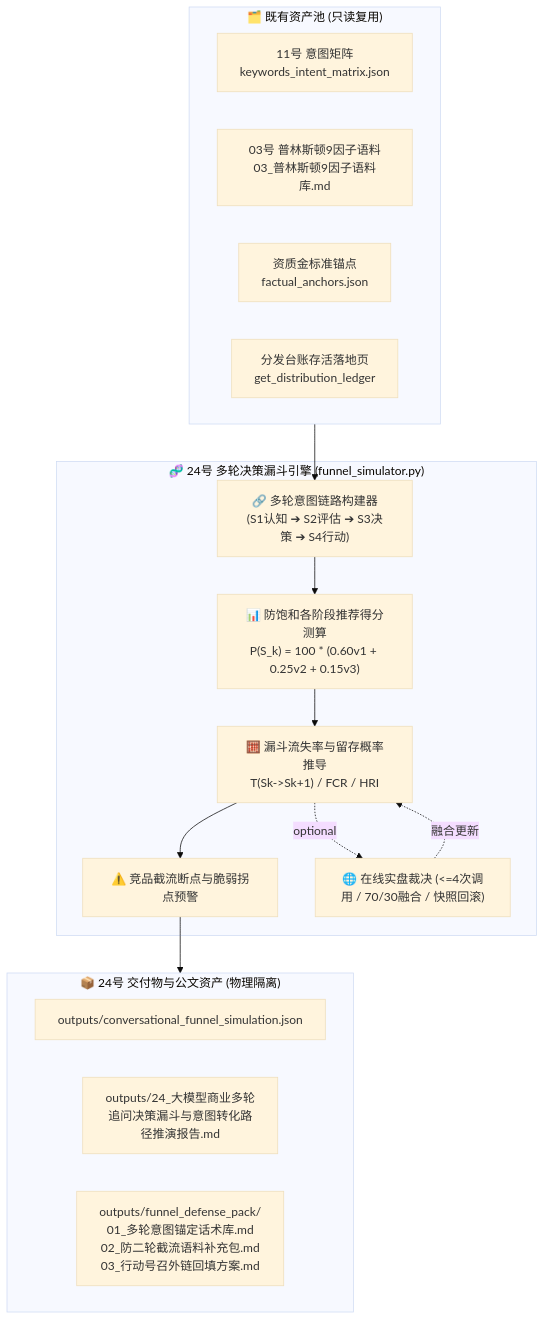
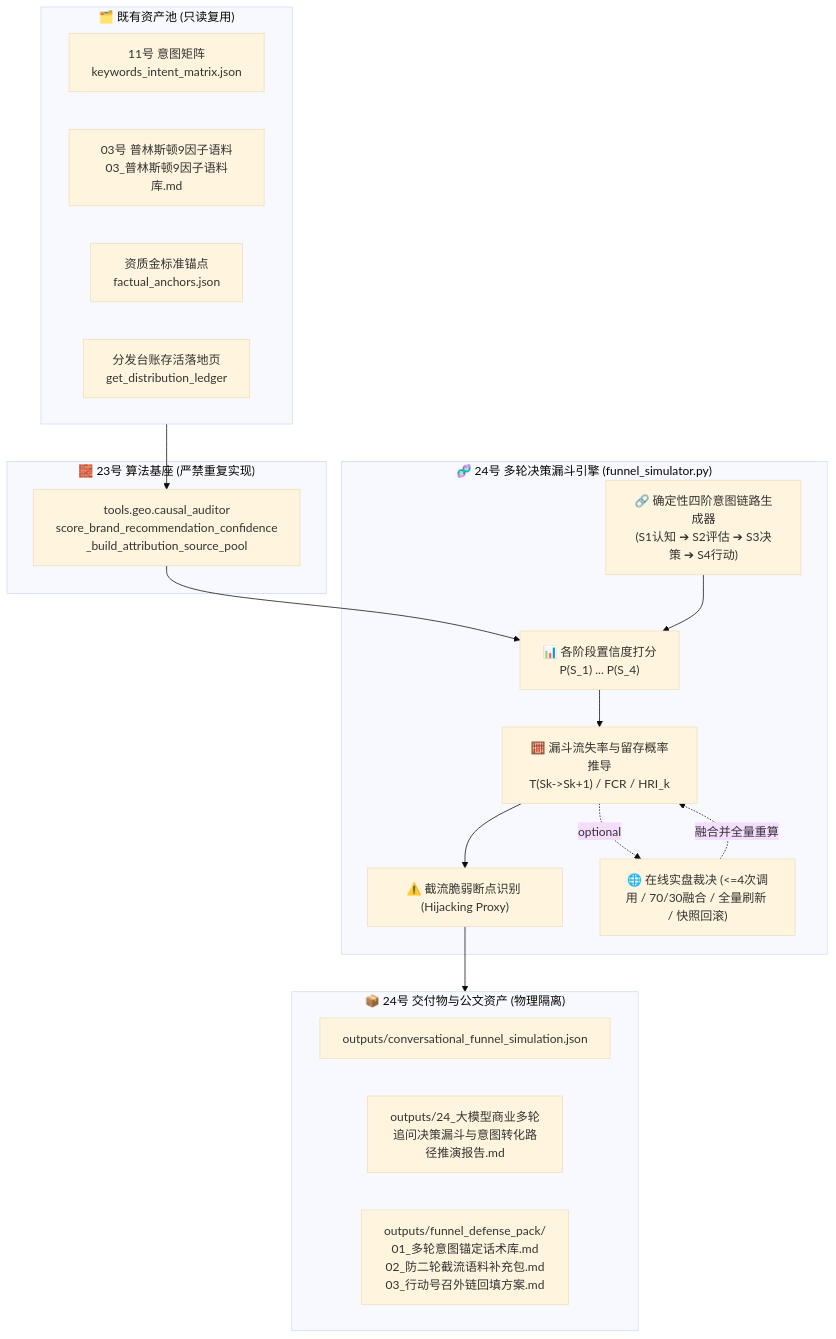
Before and after one commit to clownnotes/geo: the diagram in openspec/changes/2026-09-03-大模型商业多轮追问决策漏斗与意图转化路径推演中枢/design.md, drawn with Mermaid (base theme). The commit also changed other lines of this file and 3 other files, not shown here.

````diff
--- a/openspec/changes/2026-09-03-大模型商业多轮追问决策漏斗与意图转化路径推演中枢/design.md
+++ b/openspec/changes/2026-09-03-大模型商业多轮追问决策漏斗与意图转化路径推演中枢/design.md
@@ -5,31 +5,36 @@
 ```mermaid
 flowchart TD
     subgraph InputAssets["🗂️ 既有资产池 (只读复用)"]
         Mat["11号 意图矩阵<br>keywords_intent_matrix.json"]
         Corp["03号 普林斯顿9因子语料<br>03_普林斯顿9因子语料库.md"]
         Anch["资质金标准锚点<br>factual_anchors.json"]
         Ledg["分发台账存活落地页<br>get_distribution_ledger"]
     end
 
+    subgraph BaseEngine["🧱 23号 算法基座 (严禁重复实现)"]
+        Top3["tools.geo.causal_auditor<br>score_brand_recommendation_confidence<br>_build_attribution_source_pool"]
+    end
+
     subgraph Engine["🧬 24号 多轮决策漏斗引擎 (funnel_simulator.py)"]
-        GenChain["🔗 多轮意图链路构建器<br>(S1认知 ➔ S2评估 ➔ S3决策 ➔ S4行动)"]
-        ScoreStage["📊 防饱和各阶段推荐得分测算<br>P(S_k) = 100 * (0.60v1 + 0.25v2 + 0.15v3)"]
-        FunnelCalc["🧮 漏斗流失率与留存概率推导<br>T(Sk->Sk+1) / FCR / HRI"]
-        HijackDetect["⚠️ 竞品截流断点与脆弱拐点预警"]
-        LiveModule["🌐 在线实盘裁决 (<=4次调用 / 70/30融合 / 快照回滚)"]
+        GenChain["🔗 确定性四阶意图链路生成器<br>(S1认知 ➔ S2评估 ➔ S3决策 ➔ S4行动)"]
+        ScoreStage["📊 各阶段置信度打分<br>P(S_1) ... P(S_4)"]
+        FunnelCalc["🧮 漏斗流失率与留存概率推导<br>T(Sk->Sk+1) / FCR / HRI_k"]
+        HijackDetect["⚠️ 截流脆弱断点识别 (Hijacking Proxy)"]
+        LiveModule["🌐 在线实盘裁决 (<=4次调用 / 70/30融合 / 全量刷新 / 快照回滚)"]
     end
 
     subgraph Outputs["📦 24号 交付物与公文资产 (物理隔离)"]
         JSON["outputs/conversational_funnel_simulation.json"]
         Report["outputs/24_大模型商业多轮追问决策漏斗与意图转化路径推演报告.md"]
         Pack["outputs/funnel_defense_pack/<br>01_多轮意图锚定话术库.md<br>02_防二轮截流语料补充包.md<br>03_行动号召外链回填方案.md"]
     end
 
-    InputAssets --> GenChain
+    InputAssets --> Top3
+    Top3 --> ScoreStage
     GenChain --> ScoreStage
     ScoreStage --> FunnelCalc
     FunnelCalc --> HijackDetect
     FunnelCalc -. optional .-> LiveModule
-    LiveModule -. 融合更新 .-> FunnelCalc
+    LiveModule -. 融合并全量重算 .-> FunnelCalc
     HijackDetect --> Outputs
 ```
````
